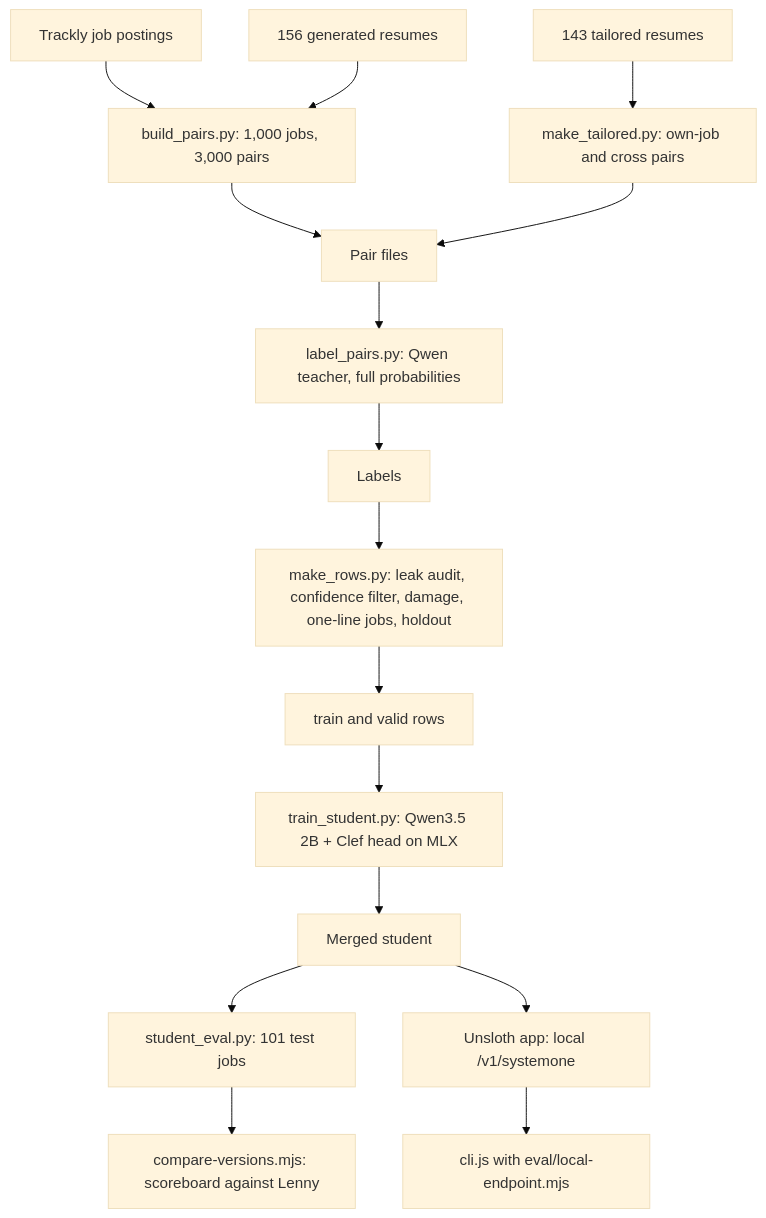
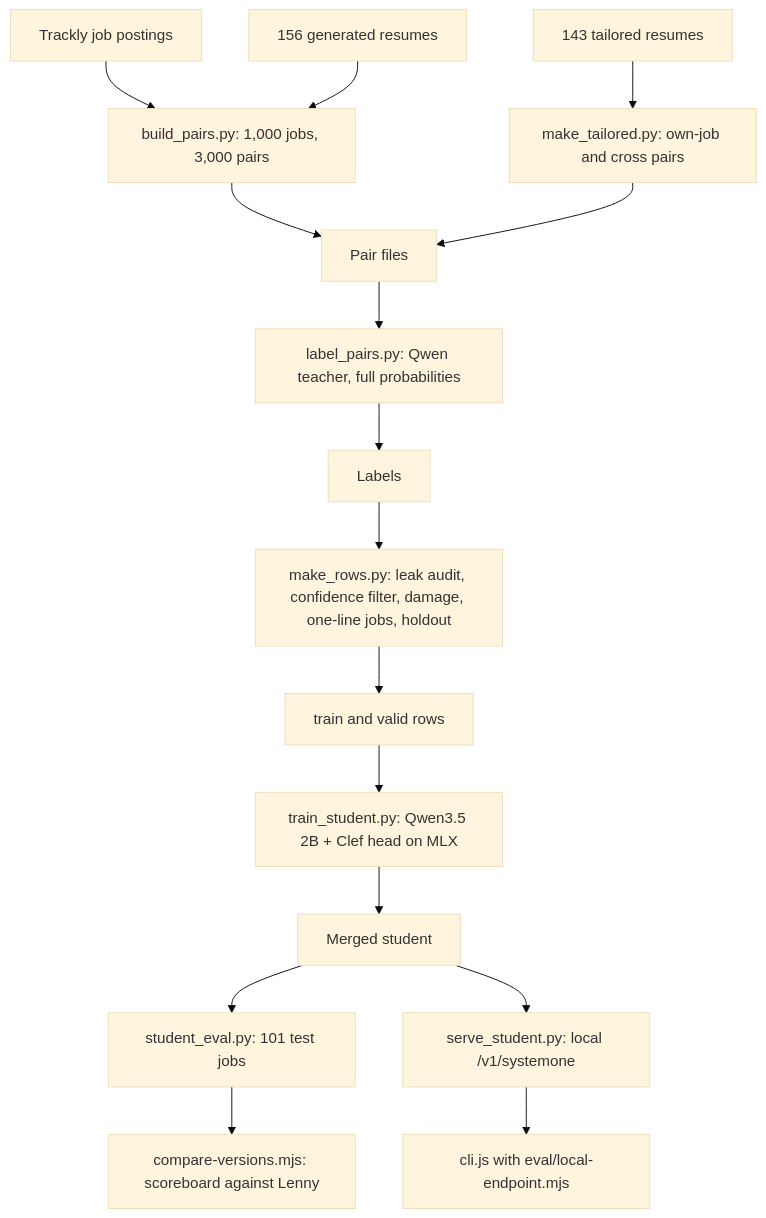
The diagram in docs/plans/2026-10-16-001-feat-train-student-decision-model-plan.md (akhil-neelam-ai/jev-fit-scorer), drawn with Mermaid (base theme) before and after one commit. The commit also changed other lines of this file and 3 other files, not shown here.

````diff
--- a/docs/plans/2026-10-16-001-feat-train-student-decision-model-plan.md
+++ b/docs/plans/2026-10-16-001-feat-train-student-decision-model-plan.md
@@ -69,18 +69,18 @@
 ```mermaid
 flowchart TB
   J[Trackly job postings] --> BP[build_pairs.py: 1,000 jobs, 3,000 pairs]
   G[156 generated resumes] --> BP
   T[143 tailored resumes] --> MT[make_tailored.py: own-job and cross pairs]
   BP --> P[Pair files]
   MT --> P
   P --> LP[label_pairs.py: Qwen teacher, full probabilities]
   LP --> L[Labels]
   L --> MR[make_rows.py: leak audit, confidence filter, damage, one-line jobs, holdout]
   MR --> R[train and valid rows]
   R --> TS[train_student.py: Qwen3.5 2B + Clef head on MLX]
   TS --> M[Merged student]
   M --> SE[student_eval.py: 101 test jobs]
   SE --> CV[compare-versions.mjs: scoreboard against Lenny]
-  M --> ST[Unsloth app: local /v1/systemone]
+  M --> ST[serve_student.py: local /v1/systemone]
   ST --> CLI[cli.js with eval/local-endpoint.mjs]
 ```
````
